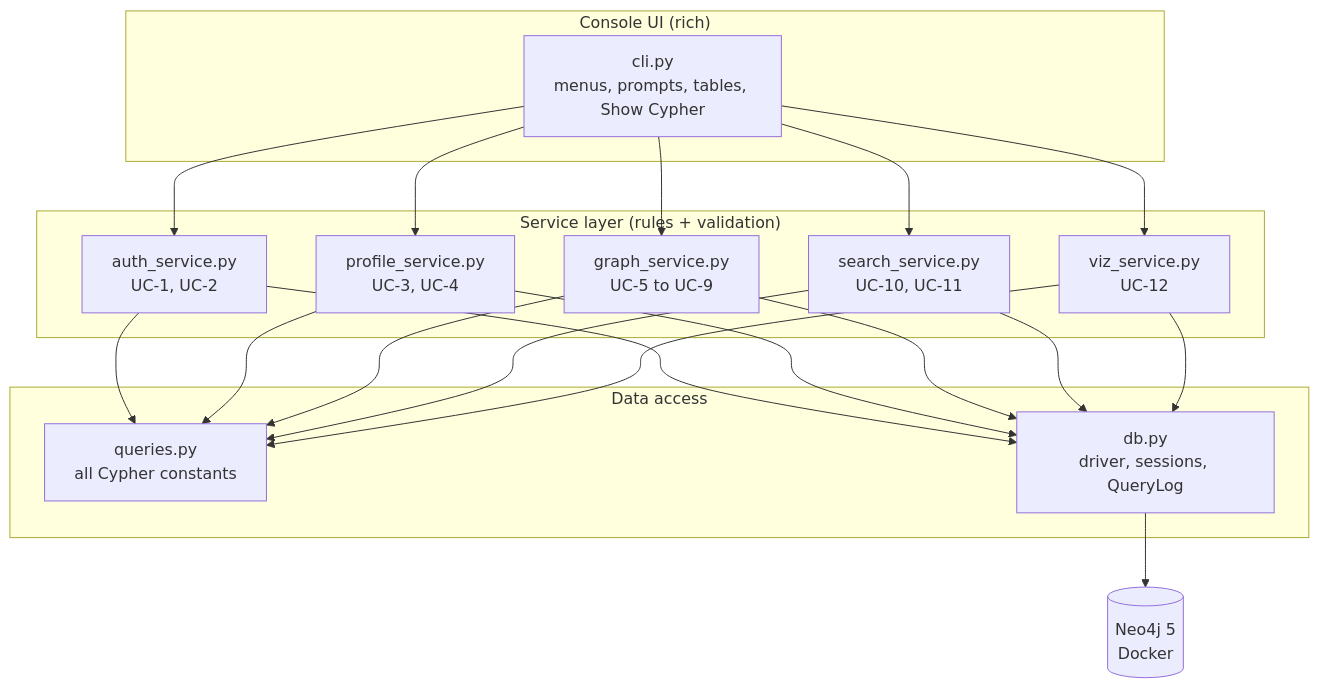
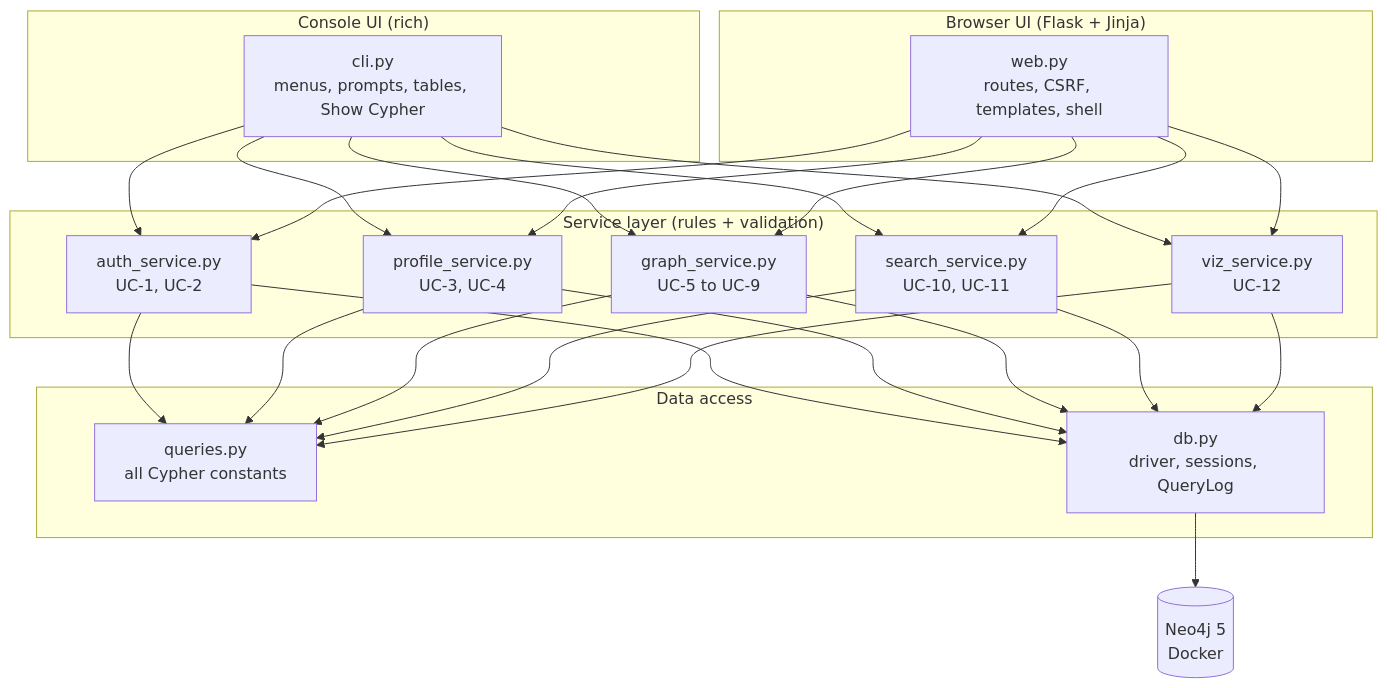
The third of 5 diagrams in DESIGN.md (Tejas-Chakkarwar/C-C-Mock), drawn with Mermaid before and after one commit. The commit also changed other lines of this file and 28 other files, not shown here.

Commit message:
Add polished Flask web interface

````diff
--- a/DESIGN.md
+++ b/DESIGN.md
@@ -372,23 +375,27 @@
 ```mermaid
 flowchart TB
     subgraph Console["Console UI (rich)"]
         CLI[cli.py<br/>menus, prompts, tables, Show Cypher]
+    end
+    subgraph Browser["Browser UI (Flask + Jinja)"]
+        WEB[web.py<br/>routes, CSRF, templates, shell]
     end
     subgraph Services["Service layer (rules + validation)"]
         AUTH[auth_service.py<br/>UC-1, UC-2]
         PROF[profile_service.py<br/>UC-3, UC-4]
         GRAPH[graph_service.py<br/>UC-5 to UC-9]
         SRCH[search_service.py<br/>UC-10, UC-11]
         VIZ[viz_service.py<br/>UC-12]
     end
     subgraph Data["Data access"]
         Q[queries.py<br/>all Cypher constants]
         DB[db.py<br/>driver, sessions, QueryLog]
     end
     NEO[(Neo4j 5<br/>Docker)]
 
     CLI --> AUTH & PROF & GRAPH & SRCH & VIZ
+    WEB --> AUTH & PROF & GRAPH & SRCH & VIZ
     AUTH & PROF & GRAPH & SRCH & VIZ --> Q
     AUTH & PROF & GRAPH & SRCH & VIZ --> DB
     DB --> NEO
 ```
````
